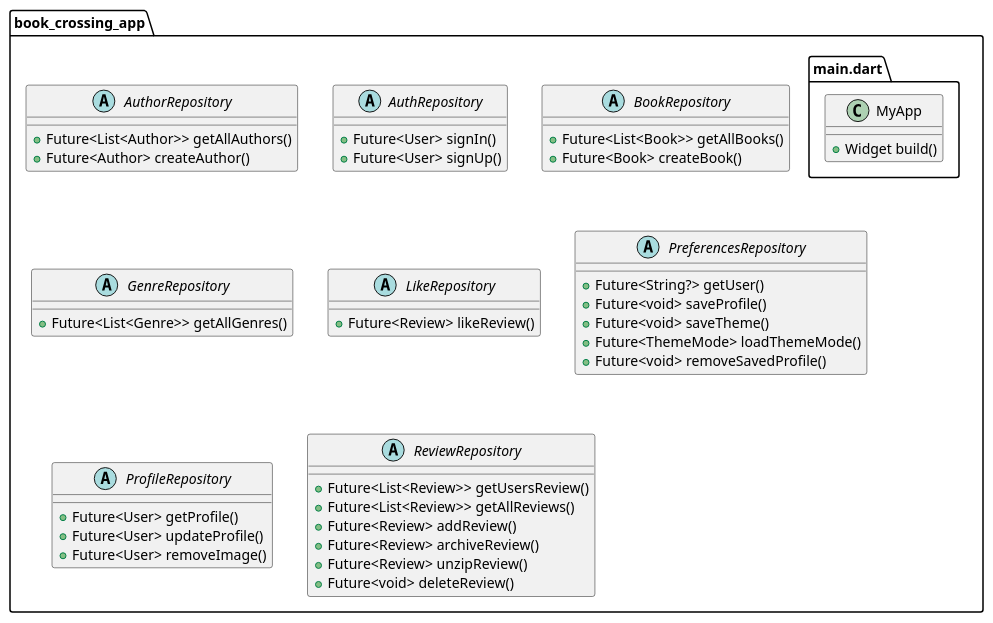
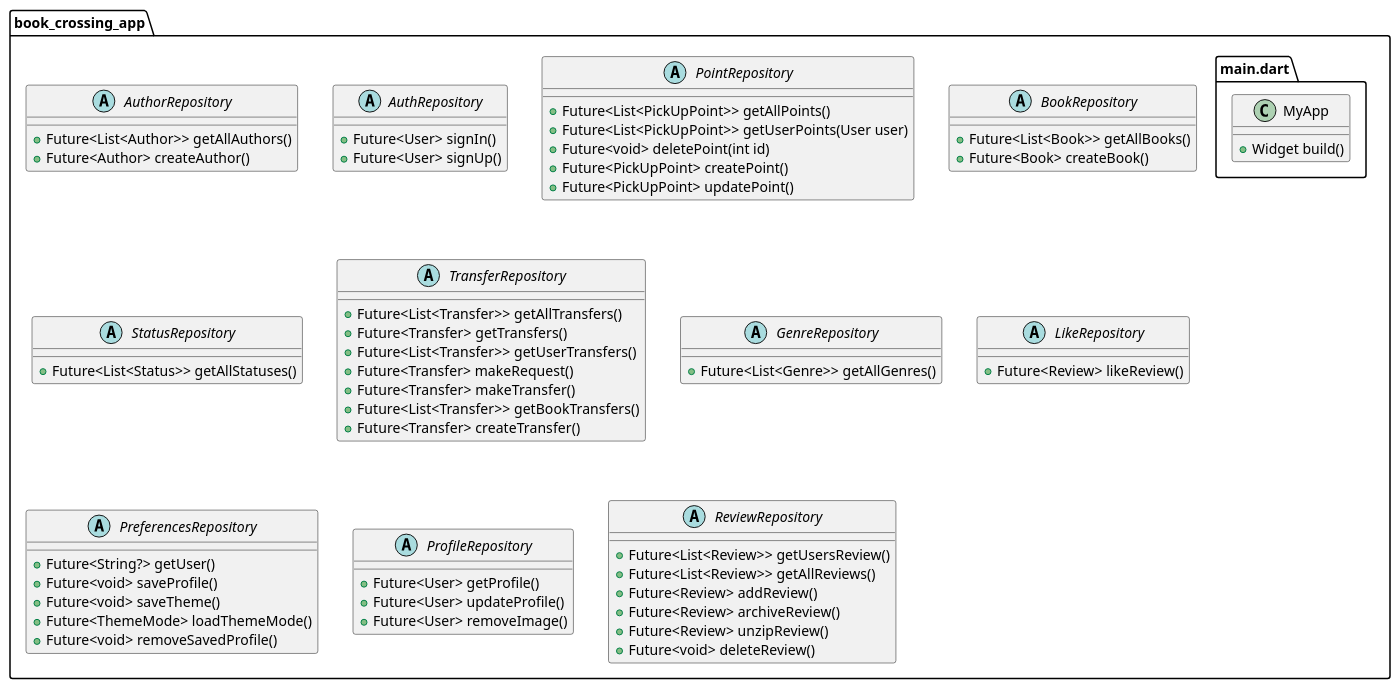
One commit to electronduke5/book_crossing_app changed the diagram in lib/classDiagram.puml. Above: the diagram before and after it, drawn with PlantUML. The commit also changed 5 other files, not shown here.

```diff
--- a/lib/classDiagram.puml
+++ b/lib/classDiagram.puml
@@ -1,53 +1,74 @@
 @startuml
 set namespaceSeparator ::
 abstract class "book_crossing_app::AuthorRepository" {
   +Future<List<Author>> getAllAuthors()
   +Future<Author> createAuthor()
 }
 
 abstract class "book_crossing_app::AuthRepository" {
   +Future<User> signIn()
   +Future<User> signUp()
 }
 
+abstract class "book_crossing_app::PointRepository" {
+  +Future<List<PickUpPoint>> getAllPoints()
+  +Future<List<PickUpPoint>> getUserPoints(User user)
+  +Future<void> deletePoint(int id)
+  +Future<PickUpPoint> createPoint()
+  +Future<PickUpPoint> updatePoint()
+}
+
 abstract class "book_crossing_app::BookRepository" {
   +Future<List<Book>> getAllBooks()
   +Future<Book> createBook()
 }
 
+abstract class "book_crossing_app::StatusRepository" {
+  +Future<List<Status>> getAllStatuses()
+}
+
+abstract class "book_crossing_app::TransferRepository" {
+  +Future<List<Transfer>> getAllTransfers()
+  +Future<Transfer> getTransfers()
+  +Future<List<Transfer>> getUserTransfers()
+  +Future<Transfer> makeRequest()
+  +Future<Transfer> makeTransfer()
+  +Future<List<Transfer>> getBookTransfers()
+  +Future<Transfer> createTransfer()
+}
 abstract class "book_crossing_app::GenreRepository" {
   +Future<List<Genre>> getAllGenres()
 }
 
 abstract class "book_crossing_app::LikeRepository" {
   +Future<Review> likeReview()
 }
 
 abstract class "book_crossing_app::PreferencesRepository" {
   +Future<String?> getUser()
   +Future<void> saveProfile()
   +Future<void> saveTheme()
   +Future<ThemeMode> loadThemeMode()
   +Future<void> removeSavedProfile()
 }
 
 abstract class "book_crossing_app::ProfileRepository" {
   +Future<User> getProfile()
   +Future<User> updateProfile()
   +Future<User> removeImage()
 }
 
 abstract class "book_crossing_app::ReviewRepository" {
   +Future<List<Review>> getUsersReview()
   +Future<List<Review>> getAllReviews()
   +Future<Review> addReview()
   +Future<Review> archiveReview()
   +Future<Review> unzipReview()
   +Future<void> deleteReview()
 }
 
 class "book_crossing_app::main.dart::MyApp" {
   +Widget build()
 }
 
 @enduml
```
